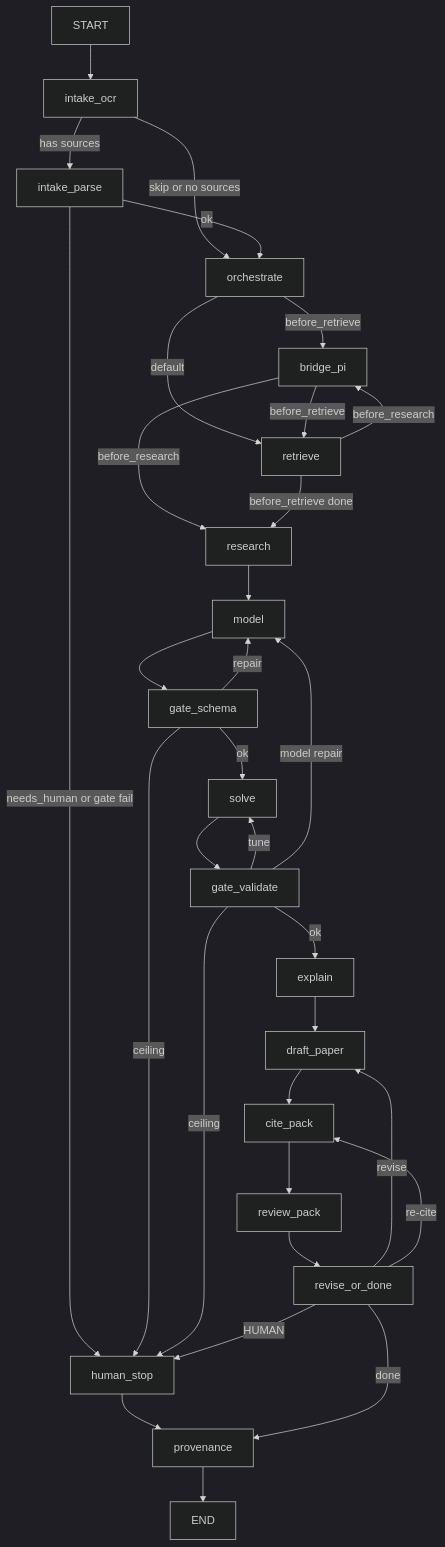
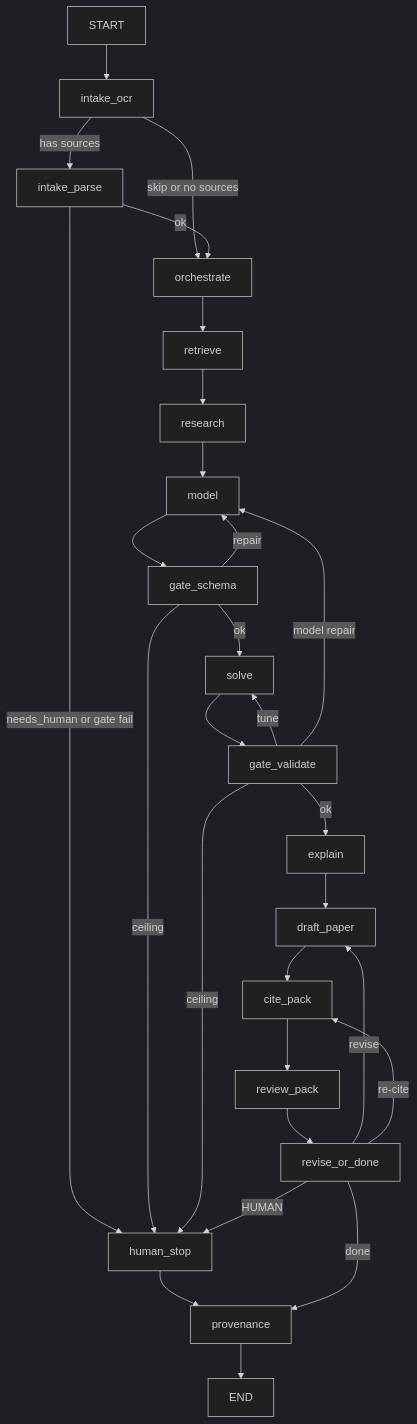
Before and after one commit to lanzaoi/or-path: the diagram in docs/t3-stage-map.mmd, drawn with Mermaid (dark theme). The commit also changed 822 other files, not shown here.

First line of the commit message:
feat(lean-architecture): migrate to Lean 4-agent + 10-domain cartridges + 27 solvers + web studio

```diff
--- a/docs/t3-stage-map.mmd
+++ b/docs/t3-stage-map.mmd
@@ -1,28 +1,23 @@
 flowchart TD
   START --> intake_ocr
   intake_ocr -->|skip or no sources| orchestrate
   intake_ocr -->|has sources| intake_parse
   intake_parse -->|ok| orchestrate
   intake_parse -->|needs_human or gate fail| human_stop
-  orchestrate -->|before_retrieve| bridge_pi
-  orchestrate -->|default| retrieve
-  bridge_pi -->|before_retrieve| retrieve
-  bridge_pi -->|before_research| research
-  retrieve -->|before_research| bridge_pi
-  retrieve -->|before_retrieve done| research
+  orchestrate --> retrieve --> research
   research --> model --> gate_schema
   gate_schema -->|ok| solve
   gate_schema -->|repair| model
   gate_schema -->|ceiling| human_stop
   solve --> gate_validate
   gate_validate -->|ok| explain
   gate_validate -->|tune| solve
   gate_validate -->|model repair| model
   gate_validate -->|ceiling| human_stop
   human_stop --> provenance
   explain --> draft_paper --> cite_pack --> review_pack --> revise_or_done
   revise_or_done -->|revise| draft_paper
   revise_or_done -->|re-cite| cite_pack
   revise_or_done -->|done| provenance
   revise_or_done -->|HUMAN| human_stop
   provenance --> END
```
